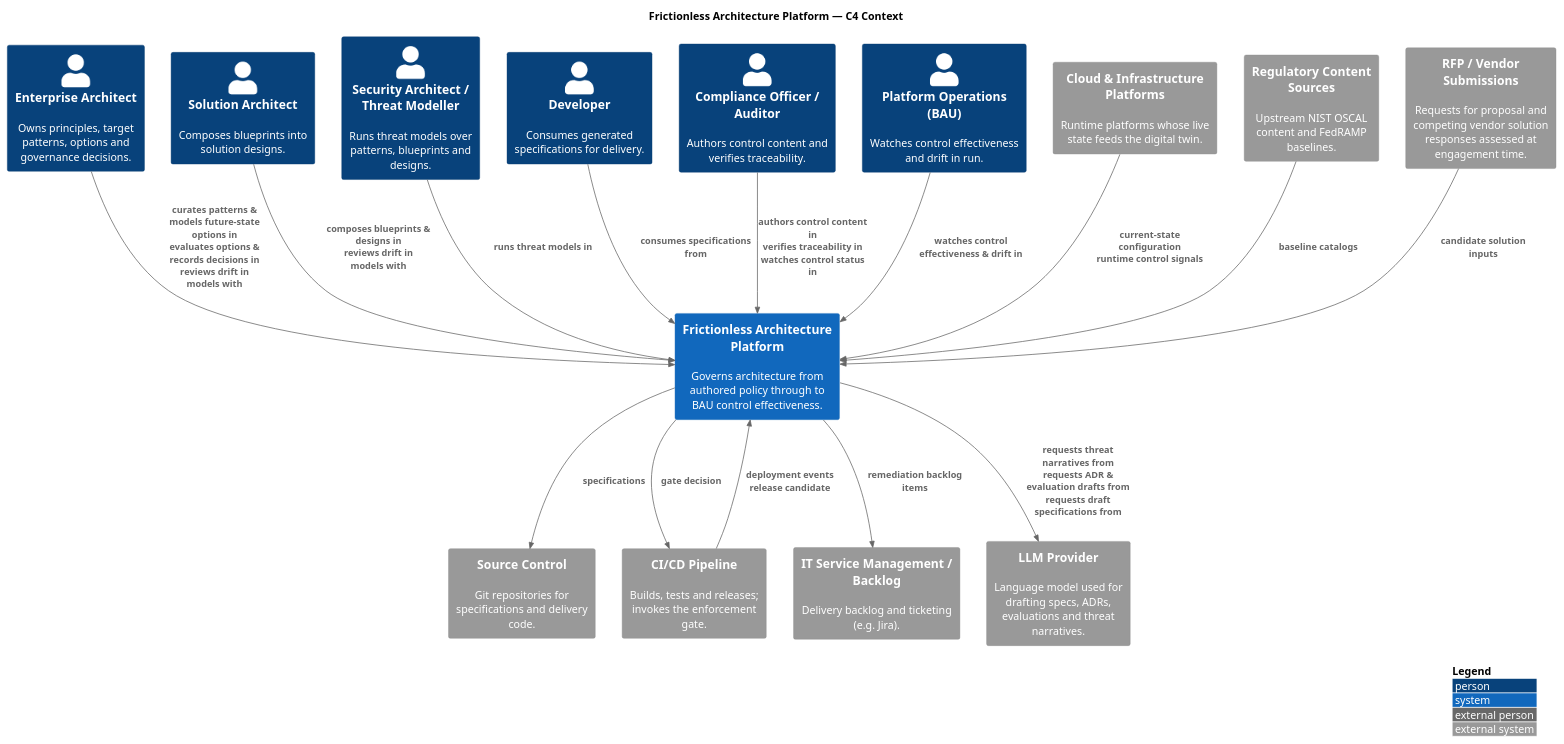
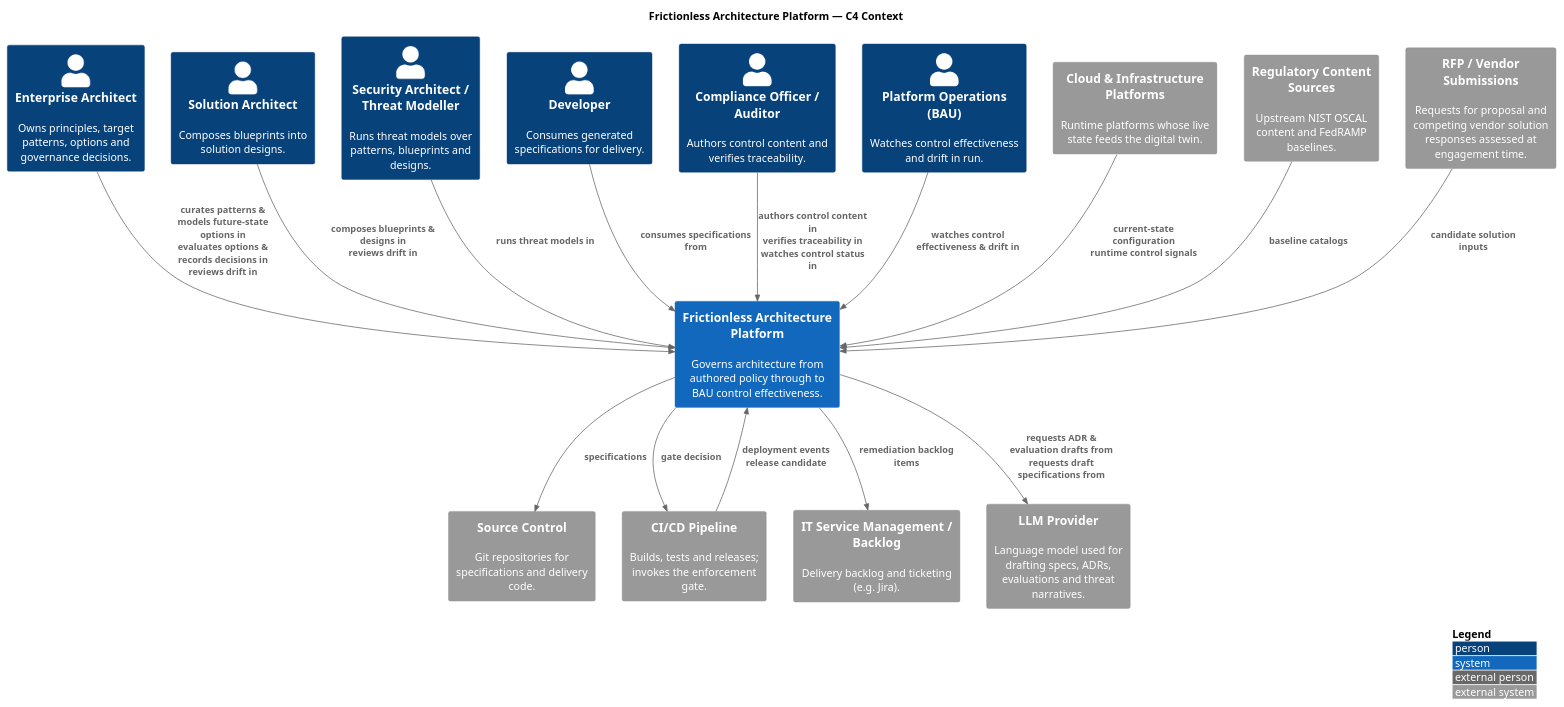
The diagram in architecture/model/diagrams/frictionless-architect-c4-context.puml (wolffy-au/frictionless-architect), drawn with PlantUML before and after one commit. The commit also changed 11 other files, not shown here.

```diff
--- a/architecture/model/diagrams/frictionless-architect-c4-context.puml
+++ b/architecture/model/diagrams/frictionless-architect-c4-context.puml
@@ -1,38 +1,38 @@
 @startuml
 ' GENERATED from architecture/model/frictionless-architect.xml by diagram-c4 (model_to_c4.py) — do not edit; fix the ArchiMate model.
 !include <C4/C4_Context>
 
 title Frictionless Architecture Platform — C4 Context
 LAYOUT_WITH_LEGEND()
 
 System(n_id54dd4701dbf151, "Frictionless Architecture Platform", "Governs architecture from authored policy through to BAU control effectiveness.")
 Person(n_id2b5394f913985a, "Enterprise Architect", "Owns principles, target patterns, options and governance decisions.")
 Person(n_ide2cb7f3efa6256, "Solution Architect", "Composes blueprints into solution designs.")
 Person(n_id10a12f8c7cac51, "Security Architect / Threat Modeller", "Runs threat models over patterns, blueprints and designs.")
 Person(n_id2c72565ddd6c52, "Developer", "Consumes generated specifications for delivery.")
 Person(n_id5e264d2f4bb551, "Compliance Officer / Auditor", "Authors control content and verifies traceability.")
 Person(n_id2c489ee6594253, "Platform Operations (BAU)", "Watches control effectiveness and drift in run.")
 System_Ext(n_id4a7b9c4171d855, "Source Control", "Git repositories for specifications and delivery code.")
 System_Ext(n_iddc67769c419e5d, "CI/CD Pipeline", "Builds, tests and releases; invokes the enforcement gate.")
 System_Ext(n_idd9989f19521155, "Cloud & Infrastructure Platforms", "Runtime platforms whose live state feeds the digital twin.")
 System_Ext(n_idaabfebfc7b9858, "IT Service Management / Backlog", "Delivery backlog and ticketing (e.g. Jira).")
 System_Ext(n_id13f9d5fb47b650, "Regulatory Content Sources", "Upstream NIST OSCAL content and FedRAMP baselines.")
 System_Ext(n_id2610ae0cc2cc50, "LLM Provider", "Language model used for drafting specs, ADRs, evaluations and threat narratives.")
 System_Ext(n_idaf80425d61fd58, "RFP / Vendor Submissions", "Requests for proposal and competing vendor solution responses assessed at engagement time.")
 
 Rel(n_id5e264d2f4bb551, n_id54dd4701dbf151, "authors control content in\nverifies traceability in\nwatches control status in")
-Rel(n_id2b5394f913985a, n_id54dd4701dbf151, "curates patterns & models future-state options in\nevaluates options & records decisions in\nreviews drift in\nmodels with")
-Rel(n_ide2cb7f3efa6256, n_id54dd4701dbf151, "composes blueprints & designs in\nreviews drift in\nmodels with")
+Rel(n_id2b5394f913985a, n_id54dd4701dbf151, "curates patterns & models future-state options in\nevaluates options & records decisions in\nreviews drift in")
+Rel(n_ide2cb7f3efa6256, n_id54dd4701dbf151, "composes blueprints & designs in\nreviews drift in")
 Rel(n_id10a12f8c7cac51, n_id54dd4701dbf151, "runs threat models in")
 Rel(n_id2c489ee6594253, n_id54dd4701dbf151, "watches control effectiveness & drift in")
 Rel(n_id2c72565ddd6c52, n_id54dd4701dbf151, "consumes specifications from")
 Rel(n_id13f9d5fb47b650, n_id54dd4701dbf151, "baseline catalogs")
 Rel(n_idaf80425d61fd58, n_id54dd4701dbf151, "candidate solution inputs")
-Rel(n_id54dd4701dbf151, n_id2610ae0cc2cc50, "requests threat narratives from\nrequests ADR & evaluation drafts from\nrequests draft specifications from")
 Rel(n_idd9989f19521155, n_id54dd4701dbf151, "current-state configuration\nruntime control signals")
 Rel(n_iddc67769c419e5d, n_id54dd4701dbf151, "deployment events\nrelease candidate")
+Rel(n_id54dd4701dbf151, n_id2610ae0cc2cc50, "requests ADR & evaluation drafts from\nrequests draft specifications from")
 Rel(n_id54dd4701dbf151, n_iddc67769c419e5d, "gate decision")
 Rel(n_id54dd4701dbf151, n_idaabfebfc7b9858, "remediation backlog items")
 Rel(n_id54dd4701dbf151, n_id4a7b9c4171d855, "specifications")
 
 @enduml
```
